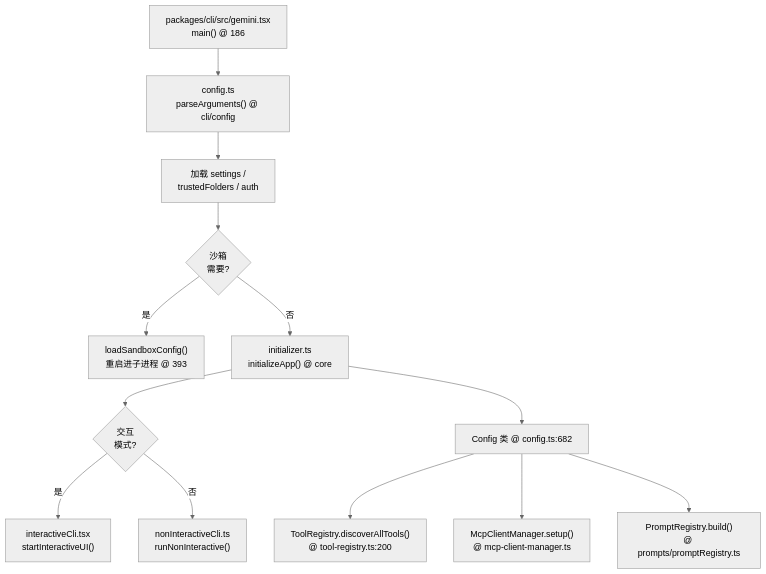
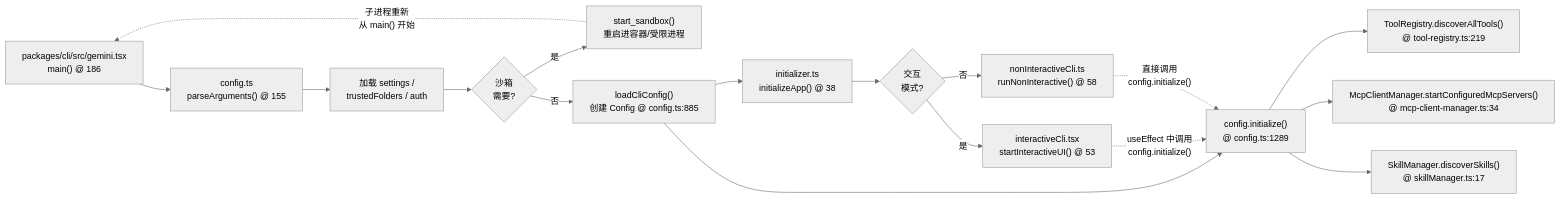
The first of 2 diagrams in hello-gemini-cli/02-startup-flow.md (feuyeux/hello-olleh), drawn with Mermaid before and after one commit. The commit also changed other lines of this file and 7 other files, not shown here.

First line of the commit message:
docs: add accurate code references and sandbox flow diagrams

````diff
--- a/hello-gemini-cli/02-startup-flow.md
+++ b/hello-gemini-cli/02-startup-flow.md
@@ -11,17 +11,21 @@
 ```mermaid
 %%{init: {'theme': 'neutral'}}%%
-flowchart TD
-    Main["packages/cli/src/gemini.tsx<br/>main() @ 186"] --> Parse["config.ts<br/>parseArguments() @ cli/config"]
+flowchart LR
+    Main["packages/cli/src/gemini.tsx<br/>main() @ 186"] --> Parse["config.ts<br/>parseArguments() @ 155"]
     Parse --> Setup["加载 settings /<br/>trustedFolders / auth"]
     Setup --> Sandbox{沙箱<br/>需要?}
-    Sandbox -->|是| StartSandbox["loadSandboxConfig()<br/>重启进子进程 @ 393"]
-    Sandbox -->|否| InitCore["initializer.ts<br/>initializeApp() @ core"]
-    InitCore --> Mode{交互<br/>模式?}
-    Mode -->|是| UI["interactiveCli.tsx<br/>startInteractiveUI()"]
-    Mode -->|否| Headless["nonInteractiveCli.ts<br/>runNonInteractive()"]
+    Sandbox -->|是| StartSandbox["start_sandbox()<br/>重启进容器/受限进程"]
+    Sandbox -->|否| LoadCfg["loadCliConfig()<br/>创建 Config @ config.ts:885"]
+    StartSandbox -. "子进程重新<br/>从 main() 开始" .-> Main
+    LoadCfg --> InitApp["initializer.ts<br/>initializeApp() @ 38"]
+    InitApp --> Mode{交互<br/>模式?}
+    Mode -->|是| UI["interactiveCli.tsx<br/>startInteractiveUI() @ 53"]
+    Mode -->|否| Headless["nonInteractiveCli.ts<br/>runNonInteractive() @ 58"]
 
-    InitCore --> CFG["Config 类 @ config.ts:682"]
-    CFG --> TOOL_INIT["ToolRegistry.discoverAllTools()<br/>@ tool-registry.ts:200"]
-    CFG --> MCP_INIT["McpClientManager.setup()<br/>@ mcp-client-manager.ts"]
-    CFG --> PROMPT_INIT["PromptRegistry.build()<br/>@ prompts/promptRegistry.ts"]
+    LoadCfg --> ConfigInit["config.initialize()<br/>@ config.ts:1289"]
+    UI -. "useEffect 中调用<br/>config.initialize()" .-> ConfigInit
+    Headless -. "直接调用<br/>config.initialize()" .-> ConfigInit
+    ConfigInit --> TOOL_INIT["ToolRegistry.discoverAllTools()<br/>@ tool-registry.ts:219"]
+    ConfigInit --> MCP_INIT["McpClientManager.startConfiguredMcpServers()<br/>@ mcp-client-manager.ts:34"]
+    ConfigInit --> SKILL_INIT["SkillManager.discoverSkills()<br/>@ skillManager.ts:17"]
 ```
````
